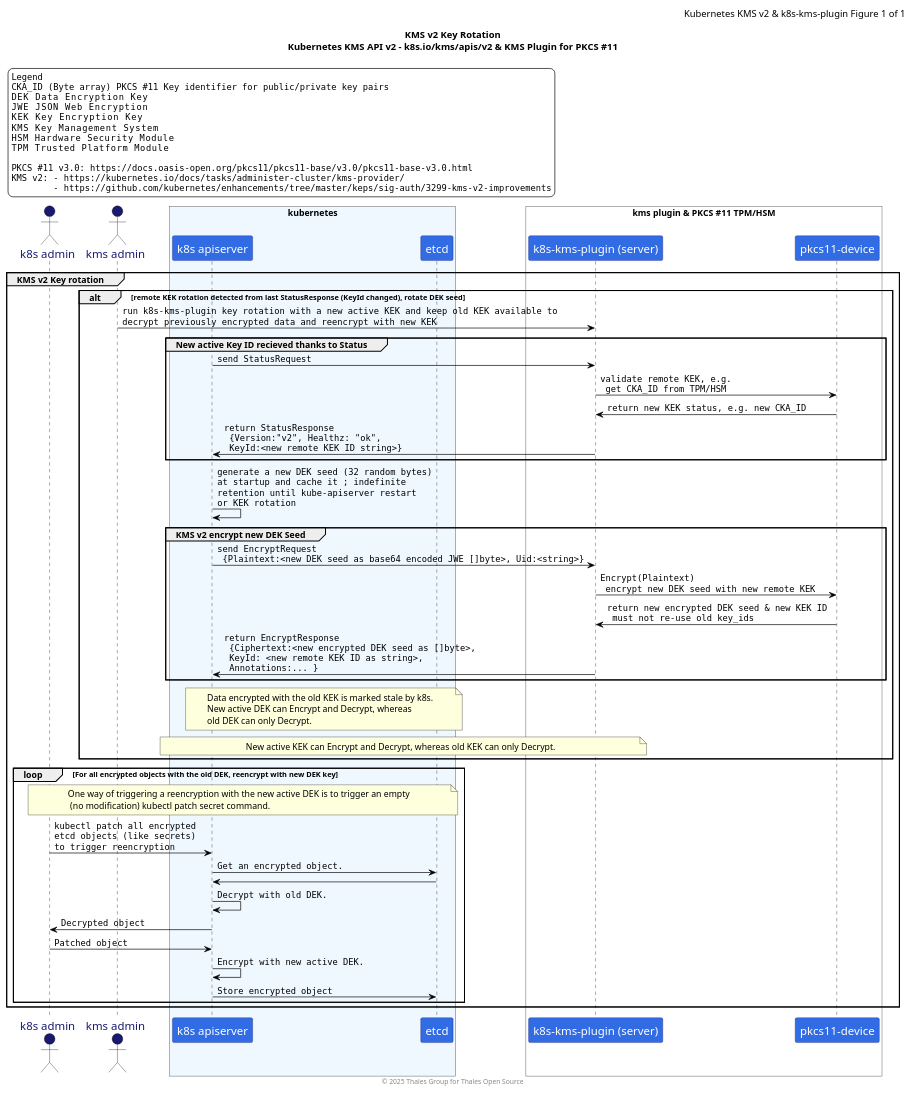
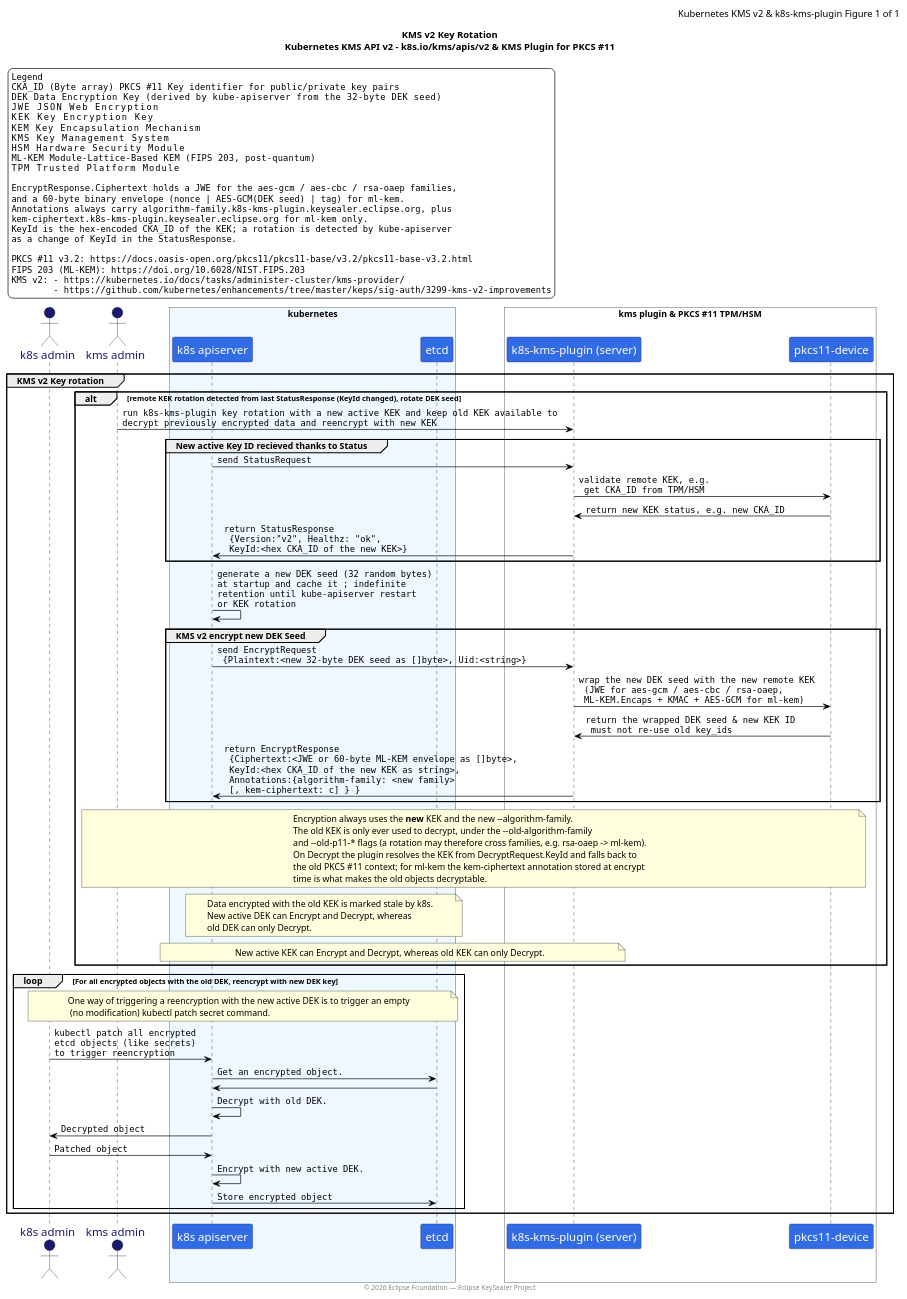
Before and after one commit to ThalesGroup/k8s-kms-plugin: the diagram in docs/puml-diagrams/kmsv2-key-rotation.sqce-diag.puml, drawn with PlantUML. The commit also changed 7 other files, not shown here.

First line of the commit message:
docs(diagrams): cover ML-KEM in the KMS v2 sequence diagrams

```diff
--- a/docs/puml-diagrams/kmsv2-key-rotation.sqce-diag.puml
+++ b/docs/puml-diagrams/kmsv2-key-rotation.sqce-diag.puml
@@ -1,123 +1,135 @@
 @startuml "Kubernetes KMS v2 Key Rotation"
 
 '=============================================================================='
 '== PlantUML Appearance parameters ============================================'
 '=============================================================================='
 skinparam shadowing false
 'skinparam backgroundColor transparent
 
 ' enable arrows on same level
 '!pragma teoz true
 
 skinparam legend {
   FontSize 13
   FontName DejaVu Sans Mono
   BorderColor black
   BackgroundColor white
 }
 
 skinparam sequence {
 ArrowColor Black
 ActorBorderColor Black
 LifeLineBorderColor Black
 LifeLineBackgroundColor #A9DCDF
 
 ParticipantBorderColor MidnightBlue
 ParticipantBackgroundColor #326CE5
 ParticipantFontName Impact
 ParticipantFontSize 17
 ParticipantFontColor white
 
 ActorBackgroundColor MidnightBlue
 ActorFontColor MidnightBlue
 ActorFontSize 17
 ActorFontName Aapex
 }
 
 skinparam ArrowFontName DejaVu Sans Mono
 
 
 '=============================================================================='
 '== Title ====================================================================='
 '=============================================================================='
 title
     KMS v2 Key Rotation
     Kubernetes KMS API v2 - k8s.io/kms/apis/v2 & KMS Plugin for PKCS #11
 end title
 
 skinparam HeaderFontSize 14
 header <font color=black>Kubernetes KMS v2 & k8s-kms-plugin Figure %page% of %lastpage%</font>
-footer © 2025 Thales Group for Thales Open Source
+footer © 2026 Eclipse Foundation — Eclipse KeySealer Project
 
 ' Legend
 legend top left
     Legend
-    CKA_ID (Byte array) PKCS #11 Key identifier for public/private key pairs
-    DEK    Data Encryption Key
-    JWE    JSON Web Encryption
-    KEK    Key Encryption Key
-    KMS    Key Management System
-    HSM    Hardware Security Module
-    TPM    Trusted Platform Module
-    
-    PKCS #11 v3.0: https://docs.oasis-open.org/pkcs11/pkcs11-base/v3.0/pkcs11-base-v3.0.html
+    CKA_ID   (Byte array) PKCS #11 Key identifier for public/private key pairs
+    DEK      Data Encryption Key (derived by kube-apiserver from the 32-byte DEK seed)
+    JWE      JSON Web Encryption
+    KEK      Key Encryption Key
+    KEM      Key Encapsulation Mechanism
+    KMS      Key Management System
+    HSM      Hardware Security Module
+    ML-KEM   Module-Lattice-Based KEM (FIPS 203, post-quantum)
+    TPM      Trusted Platform Module
+
+    EncryptResponse.Ciphertext holds a JWE for the aes-gcm / aes-cbc / rsa-oaep families,
+    and a 60-byte binary envelope (nonce | AES-GCM(DEK seed) | tag) for ml-kem.
+    Annotations always carry algorithm-family.k8s-kms-plugin.keysealer.eclipse.org, plus
+    kem-ciphertext.k8s-kms-plugin.keysealer.eclipse.org for ml-kem only.
+    KeyId is the hex-encoded CKA_ID of the KEK; a rotation is detected by kube-apiserver
+    as a change of KeyId in the StatusResponse.
+
+    PKCS #11 v3.2: https://docs.oasis-open.org/pkcs11/pkcs11-base/v3.2/pkcs11-base-v3.2.html
+    FIPS 203 (ML-KEM): https://doi.org/10.6028/NIST.FIPS.203
     KMS v2: - https://kubernetes.io/docs/tasks/administer-cluster/kms-provider/
             - https://github.com/kubernetes/enhancements/tree/master/keps/sig-auth/3299-kms-v2-improvements
 end legend
 
 '=============================================================================='
 '== Sequence diagram begins ==================================================='
 '=============================================================================='
 
     actor "k8s admin" as k8sa
     actor "kms admin" as kmsa
 
     box "kubernetes" #AliceBlue
         participant "k8s apiserver" as k8sapisrv
         participant "etcd" as etcd
     end box
 
 
     box "kms plugin & PKCS #11 TPM/HSM" #fff
         participant "k8s-kms-plugin (server)" as kmsplg
         participant "pkcs11-device" as p11
     end box
 
     group KMS v2 Key rotation
         alt remote KEK rotation detected from last StatusResponse (KeyId changed), rotate DEK seed
             kmsa -> kmsplg : run k8s-kms-plugin key rotation with a new active KEK and keep old KEK available to \ndecrypt previously encrypted data and reencrypt with new KEK
 
             group New active Key ID recieved thanks to Status
                 k8sapisrv -> kmsplg : send StatusRequest
                 kmsplg -> p11 : validate remote KEK, e.g. \n get CKA_ID from TPM/HSM
                 p11 -> kmsplg : return new KEK status, e.g. new CKA_ID
-                kmsplg -> k8sapisrv : return StatusResponse \n {Version:"v2", Healthz: "ok", \n KeyId:<new remote KEK ID string>}
+                kmsplg -> k8sapisrv : return StatusResponse \n {Version:"v2", Healthz: "ok", \n KeyId:<hex CKA_ID of the new KEK>}
             end
 
             k8sapisrv -> k8sapisrv : generate a new DEK seed (32 random bytes)\nat startup and cache it ; indefinite \nretention until kube-apiserver restart \nor KEK rotation
 
             group KMS v2 encrypt new DEK Seed
-                k8sapisrv -> kmsplg : send EncryptRequest \n {Plaintext:<new DEK seed as base64 encoded JWE []byte>, Uid:<string>}
-                kmsplg -> p11 : Encrypt(Plaintext) \n encrypt new DEK seed with new remote KEK
-                p11 -> kmsplg : return new encrypted DEK seed & new KEK ID \n must not re-use old key_ids
-                kmsplg -> k8sapisrv : return EncryptResponse \n {Ciphertext:<new encrypted DEK seed as []byte>,\n KeyId: <new remote KEK ID as string>, \n Annotations:... }
+                k8sapisrv -> kmsplg : send EncryptRequest \n {Plaintext:<new 32-byte DEK seed as []byte>, Uid:<string>}
+                kmsplg -> p11 : wrap the new DEK seed with the new remote KEK \n (JWE for aes-gcm / aes-cbc / rsa-oaep, \n ML-KEM.Encaps + KMAC + AES-GCM for ml-kem)
+                p11 -> kmsplg : return the wrapped DEK seed & new KEK ID \n must not re-use old key_ids
+                kmsplg -> k8sapisrv : return EncryptResponse \n {Ciphertext:<JWE or 60-byte ML-KEM envelope as []byte>, \n KeyId:<hex CKA_ID of the new KEK as string>, \n Annotations:{algorithm-family: <new family> \n [, kem-ciphertext: c] } }
             end
+
+            note over kmsa, p11 : Encryption always uses the **new** KEK and the new ~--algorithm-family. \nThe old KEK is only ever used to decrypt, under the ~--old-algorithm-family \nand ~--old-p11-* flags (a rotation may therefore cross families, e.g. rsa-oaep -> ml-kem). \nOn Decrypt the plugin resolves the KEK from DecryptRequest.KeyId and falls back to \nthe old PKCS #11 context; for ml-kem the kem-ciphertext annotation stored at encrypt \ntime is what makes the old objects decryptable.
           
             note over k8sapisrv, etcd : Data encrypted with the old KEK is marked stale by k8s. \nNew active DEK can Encrypt and Decrypt, whereas \nold DEK can only Decrypt.
             note over k8sapisrv, kmsplg : New active KEK can Encrypt and Decrypt, whereas old KEK can only Decrypt.
         end
 
         Loop For all encrypted objects with the old DEK, reencrypt with new DEK key
             note over k8sa, etcd : One way of triggering a reencryption with the new active DEK is to trigger an empty \n (no modification) kubectl patch secret command.
 
             k8sa -> k8sapisrv : kubectl patch all encrypted \netcd objects (like secrets) \nto trigger reencryption
             k8sapisrv -> etcd : Get an encrypted object.
             etcd -> k8sapisrv :
             k8sapisrv -> k8sapisrv : Decrypt with old DEK.
             k8sapisrv -> k8sa : Decrypted object
             k8sa -> k8sapisrv : Patched object
             k8sapisrv -> k8sapisrv : Encrypt with new active DEK.
             k8sapisrv -> etcd : Store encrypted object
         end
     end
 @enduml
```
